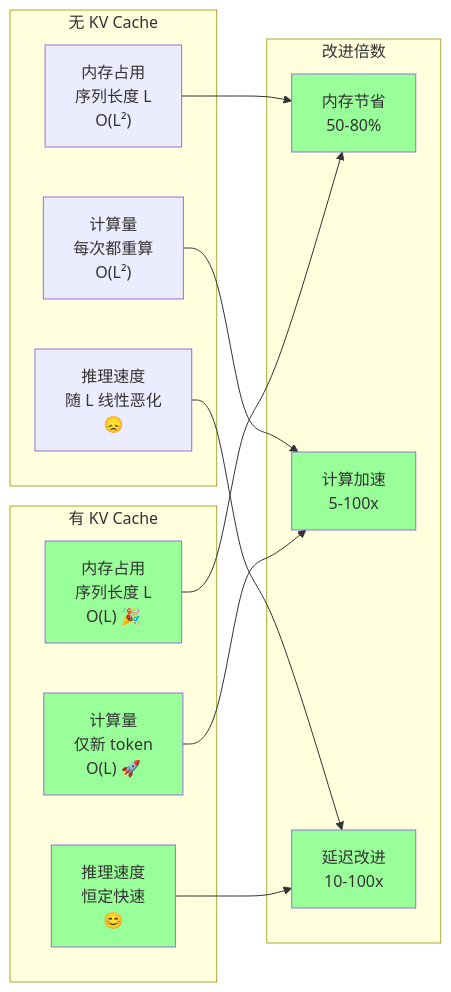
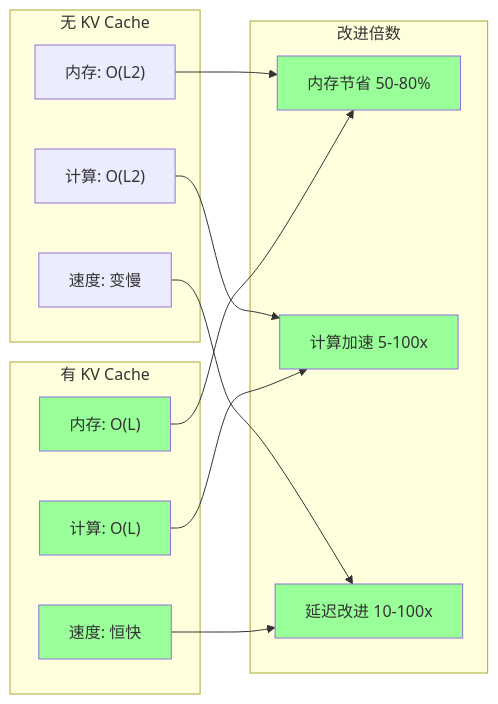
One commit to konyellin-cyber/longer changed diagram 13 of 16 in kvcache_implementation.md. Above: the diagram before and after it, drawn with Mermaid. The commit also changed other lines of this file, not shown here.

Commit message:
Fix Mermaid syntax errors: remove special characters and multiline text in node labels

````diff
--- a/kvcache_implementation.md
+++ b/kvcache_implementation.md
@@ -386,34 +406,34 @@
 ```mermaid
 graph LR
-    subgraph "无 KV Cache"
-        N1["内存占用<br/>序列长度 L<br/>O(L²)"]
-        N2["计算量<br/>每次都重算<br/>O(L²)"]
-        N3["推理速度<br/>随 L 线性恶化<br/>😞"]
+    subgraph A["无 KV Cache"]
+        N1["内存: O(L2)"]
+        N2["计算: O(L2)"]
+        N3["速度: 变慢"]
     end
     
-    subgraph "有 KV Cache"
-        Y1["内存占用<br/>序列长度 L<br/>O(L) 🎉"]
-        Y2["计算量<br/>仅新 token<br/>O(L) 🚀"]
-        Y3["推理速度<br/>恒定快速<br/>😊"]
+    subgraph B["有 KV Cache"]
+        Y1["内存: O(L)"]
+        Y2["计算: O(L)"]
+        Y3["速度: 恒快"]
     end
     
-    subgraph "改进倍数"
-        I1["内存节省<br/>50-80%"]
-        I2["计算加速<br/>5-100x"]
-        I3["延迟改进<br/>10-100x"]
+    subgraph C["改进倍数"]
+        I1["内存节省 50-80%"]
+        I2["计算加速 5-100x"]
+        I3["延迟改进 10-100x"]
     end
     
     N1 --> I1
     Y1 --> I1
     N2 --> I2
     Y2 --> I2
     N3 --> I3
     Y3 --> I3
     
     style Y1 fill:#99ff99
     style Y2 fill:#99ff99
     style Y3 fill:#99ff99
     style I1 fill:#99ff99
     style I2 fill:#99ff99
     style I3 fill:#99ff99
 ```
````
